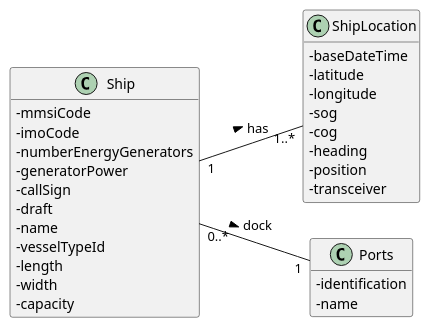
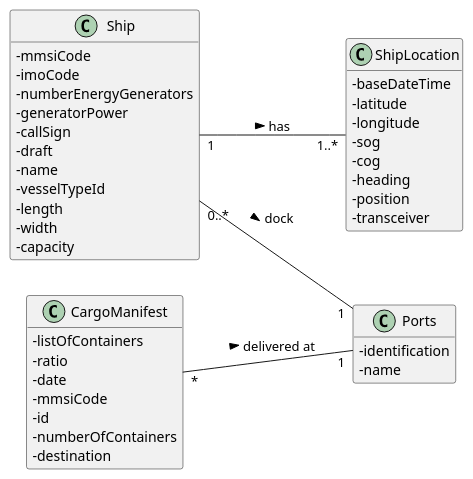
One commit to 0franciscor/lapr3-2021-g042 changed the diagram in docs/US404/US404_DM.puml. Above: the diagram before and after it, drawn with PlantUML. The commit also changed 5 other files, not shown here.

```diff
--- a/docs/US404/US404_DM.puml
+++ b/docs/US404/US404_DM.puml
@@ -1,42 +1,52 @@
 @startuml
 'https://plantuml.com/sequence-diagram
 hide methods
 left to right direction
 skinparam classAttributeIconSize 0
 
 class Ship {
 -mmsiCode
 -imoCode
 -numberEnergyGenerators
 -generatorPower
 -callSign
 -draft
 -name
 -vesselTypeId
 -length
 -width
 -capacity
 }
 
 class ShipLocation {
 -baseDateTime
 -latitude
 -longitude
 -sog
 -cog
 -heading
 -position
 -transceiver
 }
 
 class Ports {
 -identification
 -name
 }
 
+class CargoManifest {
+-listOfContainers
+-ratio
+-date
+-mmsiCode
+-id
+-numberOfContainers
+-destination
+}
 
+CargoManifest "*" -- "1" Ports : delivered at >
 Ship "1" -- "1..*" ShipLocation : has >
 Ship "0..*"--"1" Ports: dock >
 
 
 @enduml
```
